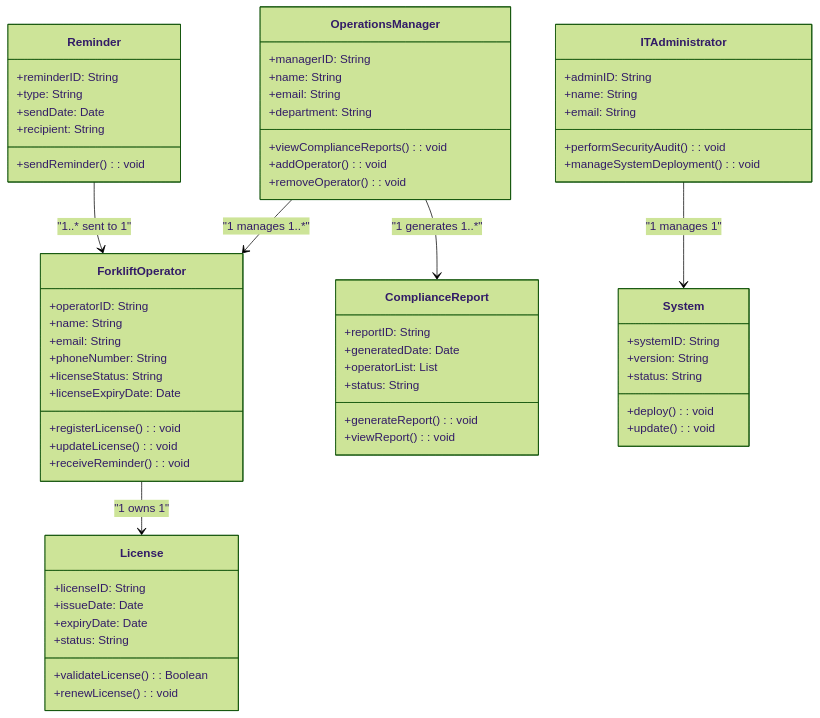
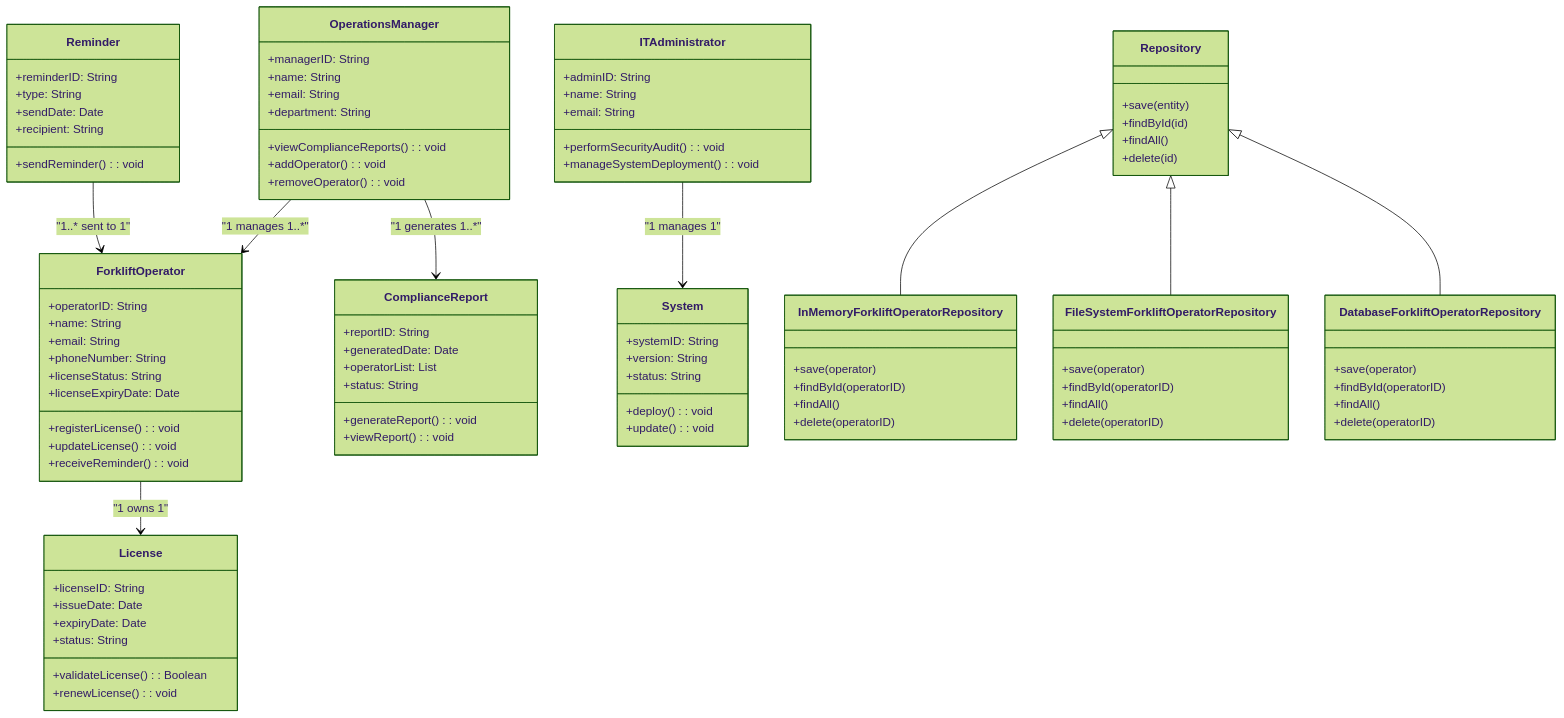
Before and after one commit to nawaazamien/Forklift-Renewal-Tracker: the diagram in Assignment_9/DOMAIN_MODEL_DOCUMENT.md, drawn with Mermaid (forest theme). The commit also changed 3 other files, not shown here.

````diff
--- a/Assignment_9/DOMAIN_MODEL_DOCUMENT.md
+++ b/Assignment_9/DOMAIN_MODEL_DOCUMENT.md
@@ -91,10 +91,41 @@
         +update(): void
     }
 
+    class Repository {
+        +save(entity)
+        +findById(id)
+        +findAll()
+        +delete(id)
+    }
+
+    class InMemoryForkliftOperatorRepository {
+        +save(operator)
+        +findById(operatorID)
+        +findAll()
+        +delete(operatorID)
+    }
+
+    class FileSystemForkliftOperatorRepository {
+        +save(operator)
+        +findById(operatorID)
+        +findAll()
+        +delete(operatorID)
+    }
+
+    class DatabaseForkliftOperatorRepository {
+        +save(operator)
+        +findById(operatorID)
+        +findAll()
+        +delete(operatorID)
+    }
+
     %% Relationships
     ForkliftOperator --> License : "1 owns 1"
     OperationsManager --> ForkliftOperator : "1 manages 1..*"
     OperationsManager --> ComplianceReport : "1 generates 1..*"
     Reminder --> ForkliftOperator : "1..* sent to 1"
     ITAdministrator --> System : "1 manages 1"
+    Repository <|-- InMemoryForkliftOperatorRepository
+    Repository <|-- FileSystemForkliftOperatorRepository
+    Repository <|-- DatabaseForkliftOperatorRepository
 ```
````
